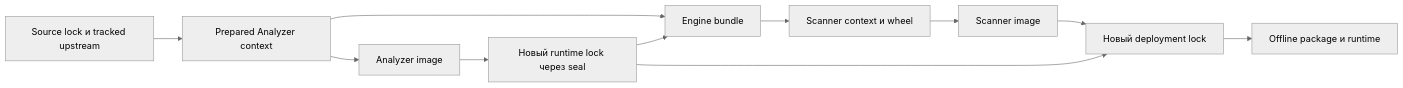
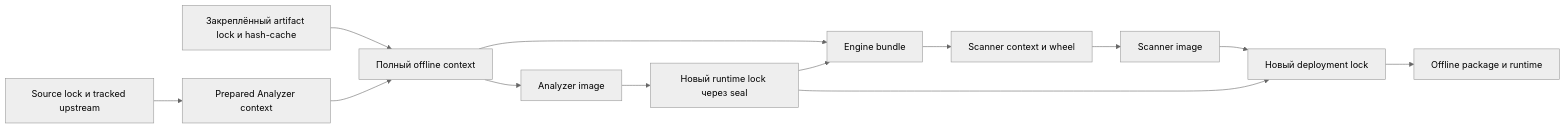
One commit to vovkins/ru-llm-scanner changed the diagram in docs/reference/artifacts.md. Above: the diagram before and after it, drawn with Mermaid (neutral theme). The commit also changed 20 other files, not shown here.

````diff
--- a/docs/reference/artifacts.md
+++ b/docs/reference/artifacts.md
@@ -16,13 +16,15 @@
 ```mermaid
 flowchart LR
   S[Source lock и tracked upstream] --> P[Prepared Analyzer context]
-  P --> A[Analyzer image]
+  H[Закреплённый artifact lock и hash-cache] --> F[Полный offline context]
+  P --> F
+  F --> A[Analyzer image]
   A --> R[Новый runtime lock через seal]
-  P --> E[Engine bundle]
+  F --> E[Engine bundle]
   R --> E
   E --> C[Scanner context и wheel]
   C --> I[Scanner image]
   I --> D[Новый deployment lock]
   R --> D
   D --> O[Offline package и runtime]
 ```
````
